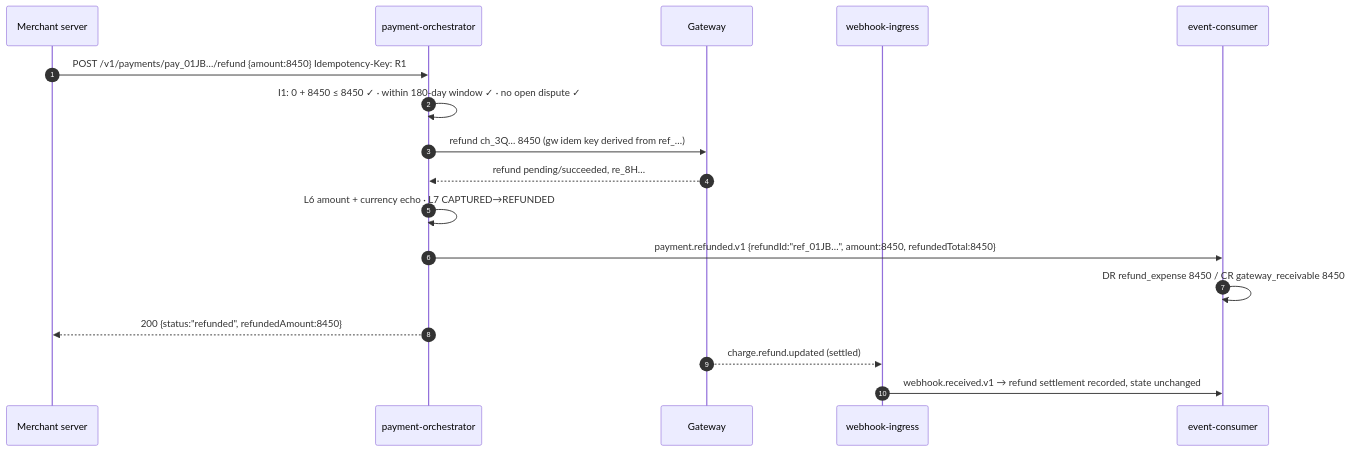
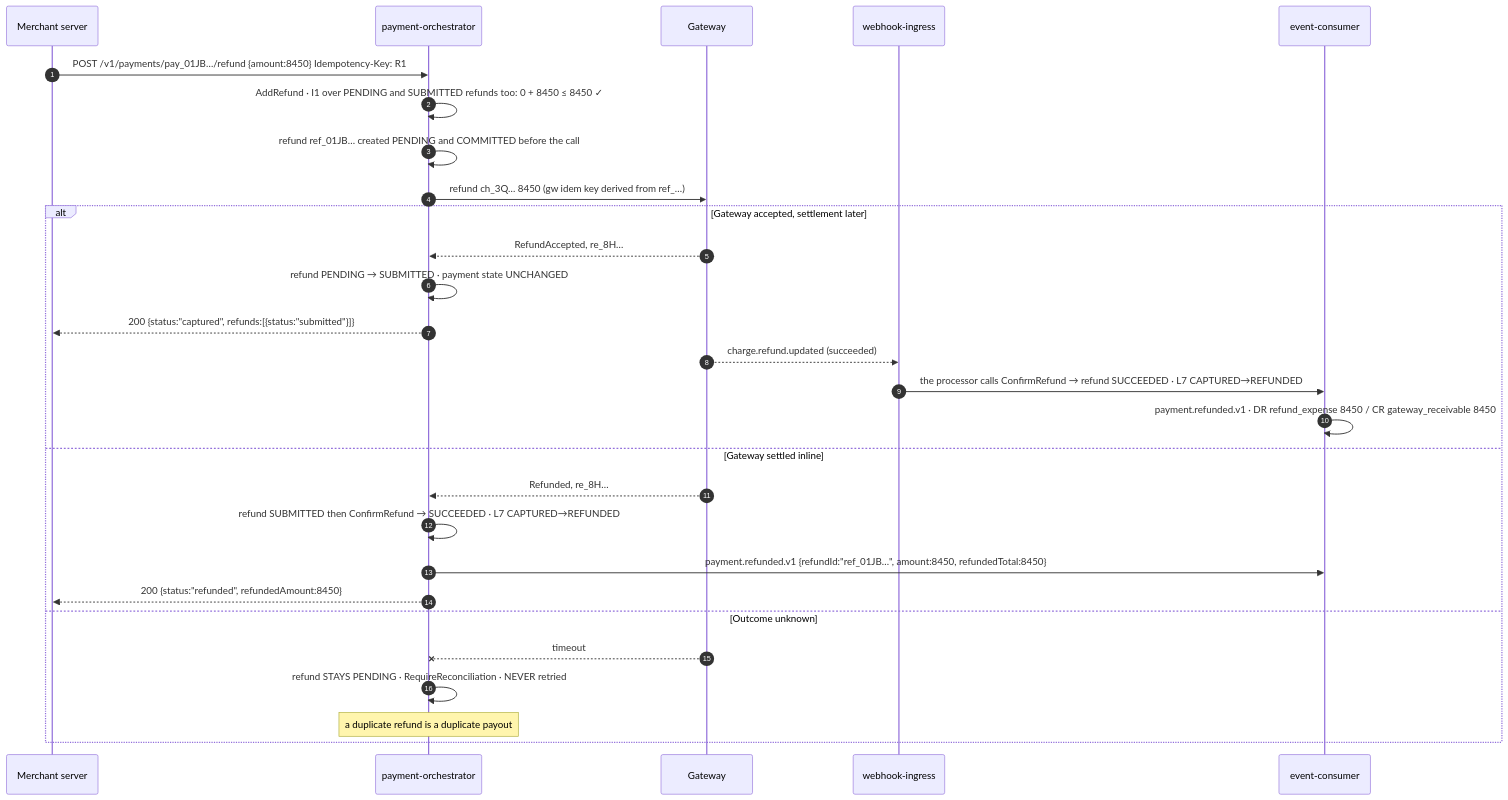
One commit to udaykishore-resu/payments-platform changed the fourth of 15 diagrams in docs/payment-flow.md. Above: the diagram before and after it, drawn with Mermaid. The commit also changed other lines of this file and 67 other files, not shown here.

````diff
--- a/docs/payment-flow.md
+++ b/docs/payment-flow.md
@@ -183,20 +187,31 @@
 ```mermaid
 sequenceDiagram
     autonumber
     participant MER as Merchant server
     participant ORC as payment-orchestrator
     participant GW as Gateway
     participant WHI as webhook-ingress
     participant CON as event-consumer
 
     MER->>ORC: POST /v1/payments/pay_01JB…/refund {amount:8450}  Idempotency-Key: R1
-    ORC->>ORC: I1: 0 + 8450 ≤ 8450 ✓ · within 180-day window ✓ · no open dispute ✓
+    ORC->>ORC: AddRefund · I1 over PENDING and SUBMITTED refunds too: 0 + 8450 ≤ 8450 ✓
+    ORC->>ORC: refund ref_01JB… created PENDING and COMMITTED before the call
     ORC->>GW: refund ch_3Q… 8450 (gw idem key derived from ref_…)
-    GW-->>ORC: refund pending/succeeded, re_8H…
-    ORC->>ORC: L6 amount + currency echo · L7 CAPTURED→REFUNDED
-    ORC->>CON: payment.refunded.v1 {refundId:"ref_01JB…", amount:8450, refundedTotal:8450}
-    CON->>CON: DR refund_expense 8450 / CR gateway_receivable 8450
-    ORC-->>MER: 200 {status:"refunded", refundedAmount:8450}
-    GW-->>WHI: charge.refund.updated (settled)
-    WHI->>CON: webhook.received.v1 → refund settlement recorded, state unchanged
+    alt Gateway accepted, settlement later
+        GW-->>ORC: RefundAccepted, re_8H…
+        ORC->>ORC: refund PENDING → SUBMITTED · payment state UNCHANGED
+        ORC-->>MER: 200 {status:"captured", refunds:[{status:"submitted"}]}
+        GW-->>WHI: charge.refund.updated (succeeded)
+        WHI->>CON: the processor calls ConfirmRefund → refund SUCCEEDED · L7 CAPTURED→REFUNDED
+        CON->>CON: payment.refunded.v1 · DR refund_expense 8450 / CR gateway_receivable 8450
+    else Gateway settled inline
+        GW-->>ORC: Refunded, re_8H…
+        ORC->>ORC: refund SUBMITTED then ConfirmRefund → SUCCEEDED · L7 CAPTURED→REFUNDED
+        ORC->>CON: payment.refunded.v1 {refundId:"ref_01JB…", amount:8450, refundedTotal:8450}
+        ORC-->>MER: 200 {status:"refunded", refundedAmount:8450}
+    else Outcome unknown
+        GW--xORC: timeout
+        ORC->>ORC: refund STAYS PENDING · RequireReconciliation · NEVER retried
+        Note over ORC: a duplicate refund is a duplicate payout
+    end
 ```
````
